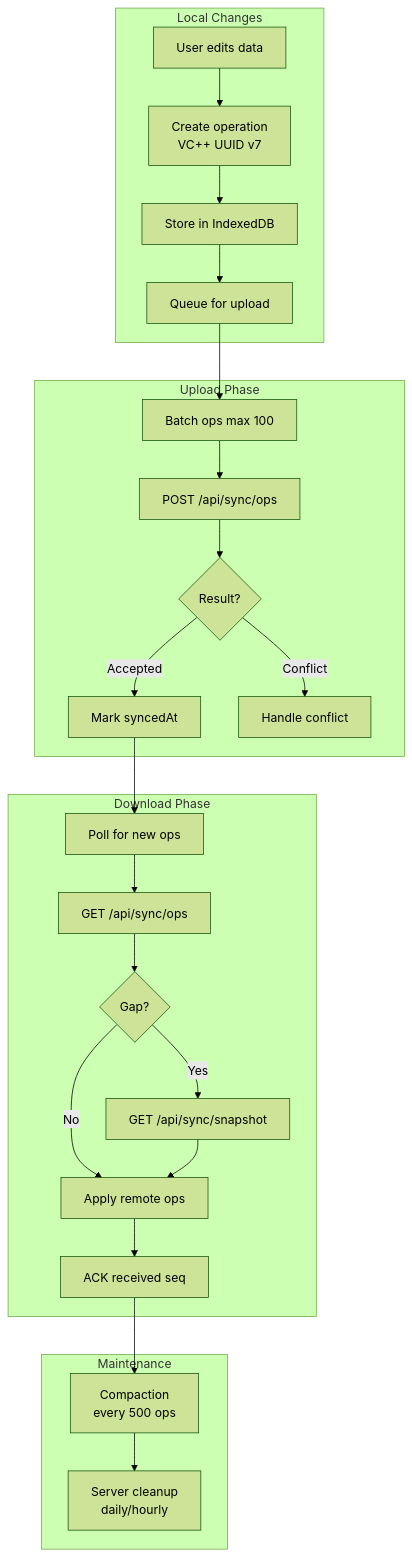
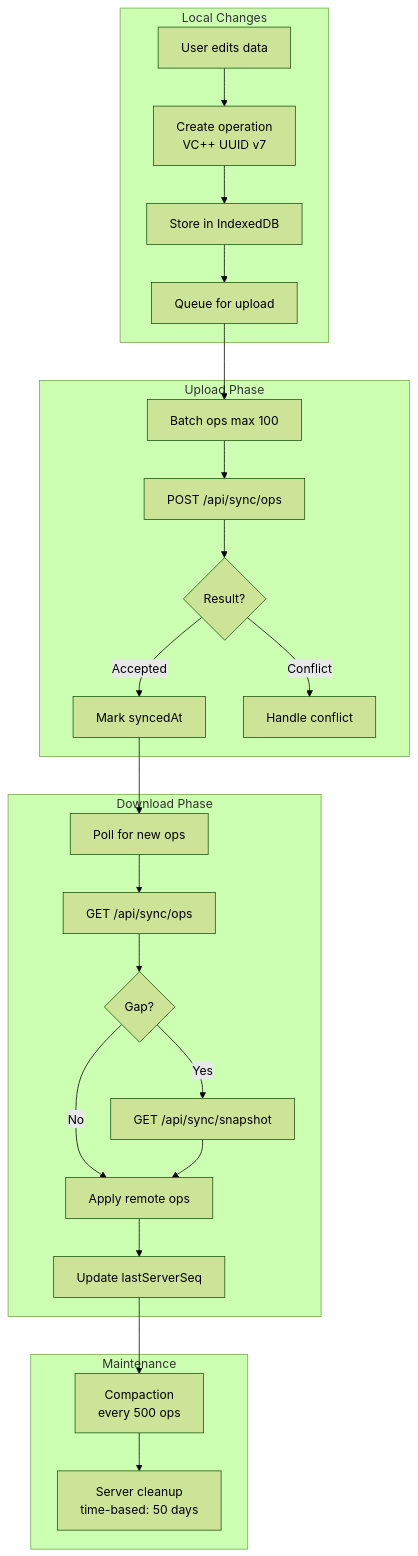
Diagram 25 of 26 in packages/super-sync-server/sync-server-architecture-diagrams.md (johannesjo/super-productivity), drawn with Mermaid (forest theme) before and after one commit. The commit also changed other lines of this file and 12 other files, not shown here.

First line of the commit message:
refactor(sync): remove ACK mechanism, simplify to time-based cleanup

````diff
--- a/packages/super-sync-server/sync-server-architecture-diagrams.md
+++ b/packages/super-sync-server/sync-server-architecture-diagrams.md
@@ -877,51 +848,51 @@
 ```mermaid
 flowchart TB
     subgraph LocalChanges["Local Changes"]
         UserEdit[User edits data]
         CreateOp[Create operation<br/>VC++ UUID v7]
         StoreLocal[Store in IndexedDB]
         QueueUpload[Queue for upload]
     end
 
     subgraph Upload["Upload Phase"]
         BatchOps["Batch ops max 100"]
         SendUpload[POST /api/sync/ops]
         HandleResult{Result?}
         MarkSynced[Mark syncedAt]
         HandleConflict[Handle conflict]
     end
 
     subgraph Download["Download Phase"]
         Poll[Poll for new ops]
         SendDownload[GET /api/sync/ops]
         CheckGap{Gap?}
         GetSnapshot[GET /api/sync/snapshot]
         ApplyRemote[Apply remote ops]
-        AckSeq[ACK received seq]
+        UpdateSeq[Update lastServerSeq]
     end
 
     subgraph Maintenance["Maintenance"]
         Compact[Compaction<br/>every 500 ops]
-        Cleanup[Server cleanup<br/>daily/hourly]
+        Cleanup[Server cleanup<br/>time-based: 50 days]
     end
 
     UserEdit --> CreateOp
     CreateOp --> StoreLocal
     StoreLocal --> QueueUpload
     QueueUpload --> BatchOps
     BatchOps --> SendUpload
     SendUpload --> HandleResult
     HandleResult -->|Accepted| MarkSynced
     HandleResult -->|Conflict| HandleConflict
 
     MarkSynced --> Poll
     Poll --> SendDownload
     SendDownload --> CheckGap
     CheckGap -->|Yes| GetSnapshot
     CheckGap -->|No| ApplyRemote
     GetSnapshot --> ApplyRemote
-    ApplyRemote --> AckSeq
+    ApplyRemote --> UpdateSeq
 
-    AckSeq --> Compact
+    UpdateSeq --> Compact
     Compact --> Cleanup
 ```
````
